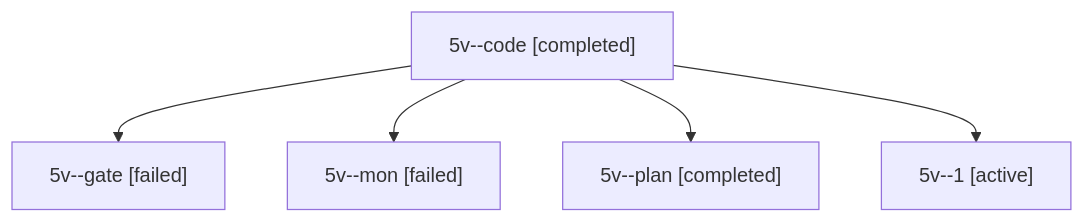
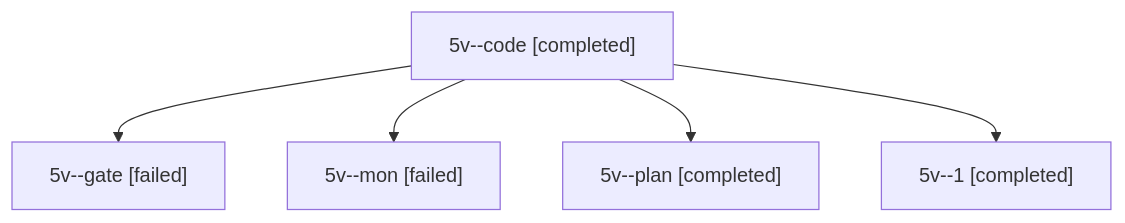
One commit to bobs-org/bob-cli--agents changed the diagram in sessions/bbugyi200.apollo.5v.md. Above: the diagram before and after it, drawn with Mermaid. The commit also changed other lines of this file and 21 other files, not shown here.

````diff
--- a/sessions/bbugyi200.apollo.5v.md
+++ b/sessions/bbugyi200.apollo.5v.md
@@ -9,12 +9,12 @@
 ```mermaid
 flowchart TD
   n0["5v--code [completed]"]
   n1["5v--gate [failed]"]
   n0 --> n1
   n2["5v--mon [failed]"]
   n0 --> n2
   n3["5v--plan [completed]"]
   n0 --> n3
-  n4["5v--1 [active]"]
+  n4["5v--1 [completed]"]
   n0 --> n4
 ```
````
